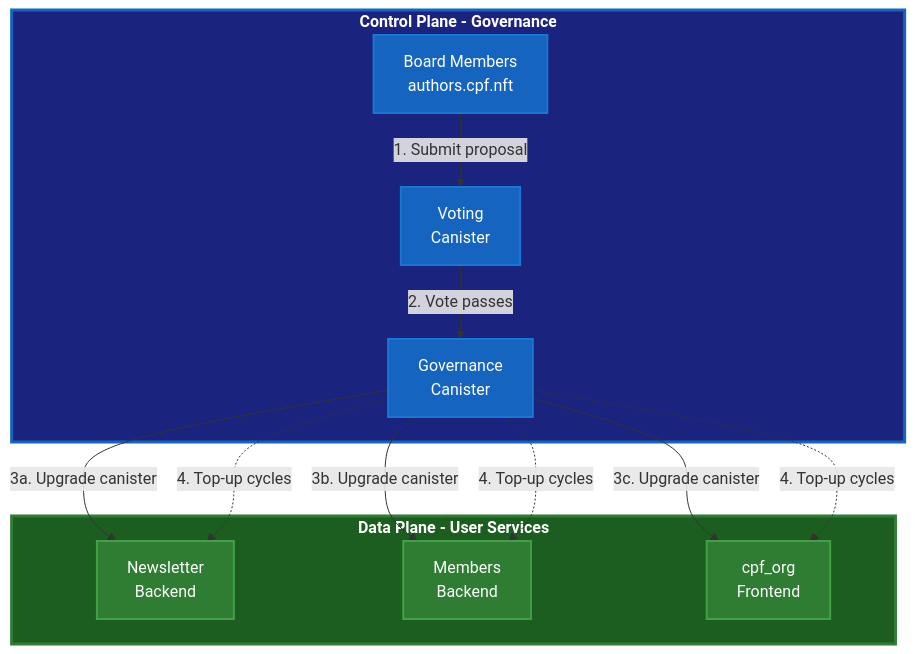
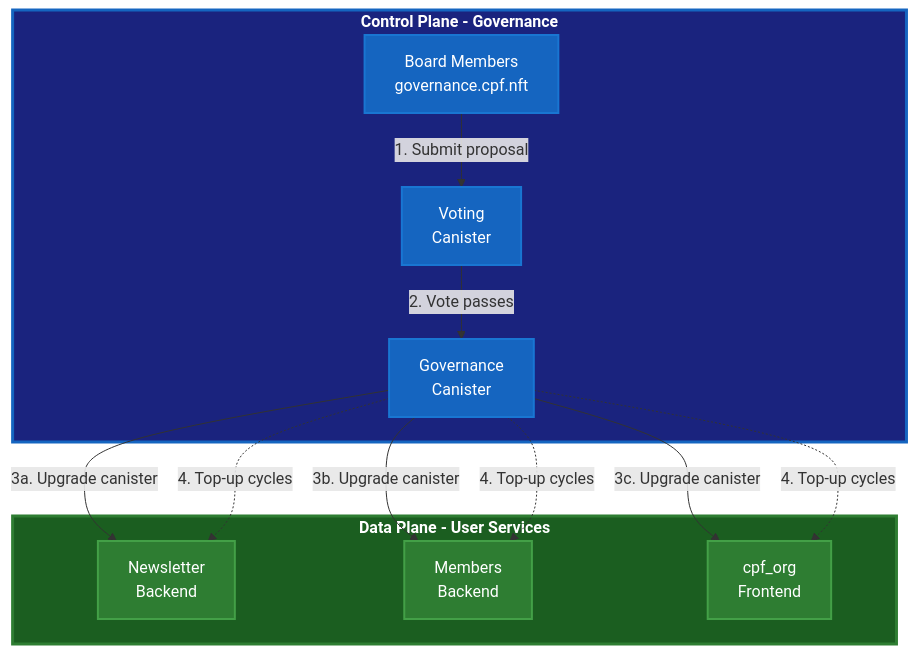
Before and after one commit to john-ngeni/cpp_icp_platform: the fifth of 18 diagrams in docs/architecture/canister-architecture-diagram.md, drawn with Mermaid. The commit also changed other lines of this file and 10 other files, not shown here.

First line of the commit message:
refactor: rename control plane to governance.cpf.nft and restructure user journey

````diff
--- a/docs/architecture/canister-architecture-diagram.md
+++ b/docs/architecture/canister-architecture-diagram.md
@@ -345,35 +345,35 @@
 ```mermaid
 graph TB
     subgraph CONTROL["<b>Control Plane - Governance</b>"]
         style CONTROL fill:#1a237e,stroke:#1565c0,stroke-width:3px,color:#ffffff
 
-        BOARD["Board Members<br/>authors.cpf.nft"]
+        BOARD["Board Members<br/>governance.cpf.nft"]
         VOTING["Voting<br/>Canister"]
         GOV["Governance<br/>Canister"]
     end
 
     subgraph DATA["<b>Data Plane - User Services</b>"]
         style DATA fill:#1b5e20,stroke:#2e7d32,stroke-width:3px,color:#ffffff
 
         NEWS_BE["Newsletter<br/>Backend"]
         MEM_BE["Members<br/>Backend"]
         ORG_FE["cpf_org<br/>Frontend"]
     end
 
     BOARD -->|1. Submit proposal| VOTING
     VOTING -->|2. Vote passes| GOV
 
     GOV -->|3a. Upgrade canister| NEWS_BE
     GOV -->|3b. Upgrade canister| MEM_BE
     GOV -->|3c. Upgrade canister| ORG_FE
 
     GOV -.->|4. Top-up cycles| NEWS_BE
     GOV -.->|4. Top-up cycles| MEM_BE
     GOV -.->|4. Top-up cycles| ORG_FE
 
     classDef controlNode fill:#1565c0,stroke:#1976d2,stroke-width:2px,color:#ffffff
     classDef dataNode fill:#2e7d32,stroke:#43a047,stroke-width:2px,color:#ffffff
 
     class BOARD,VOTING,GOV controlNode
     class NEWS_BE,MEM_BE,ORG_FE dataNode
 ```
````
